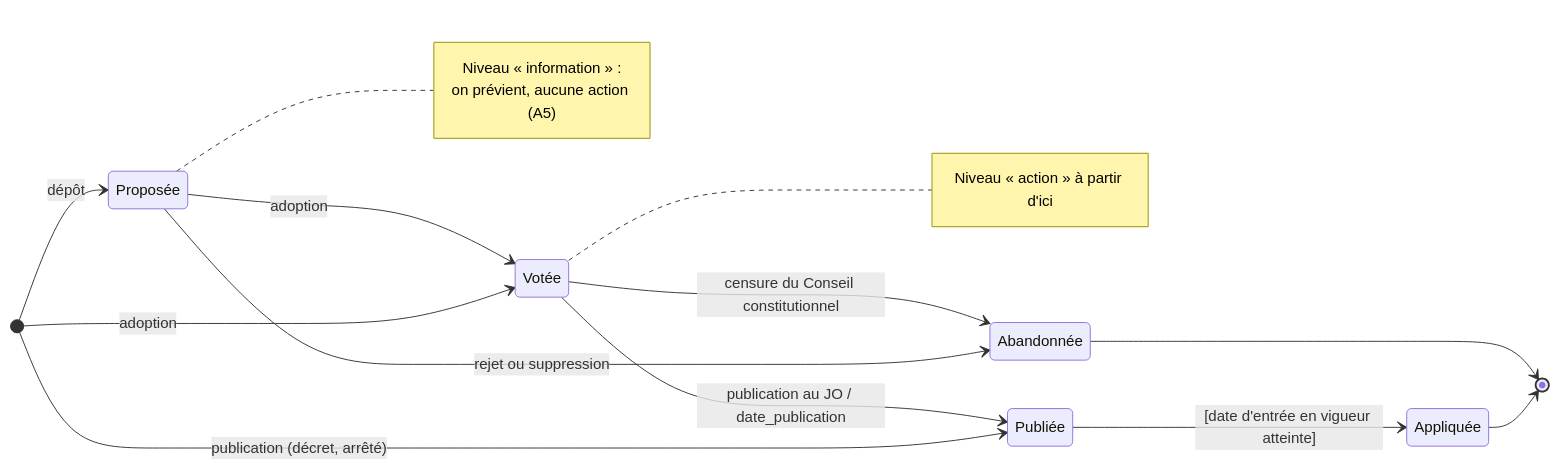
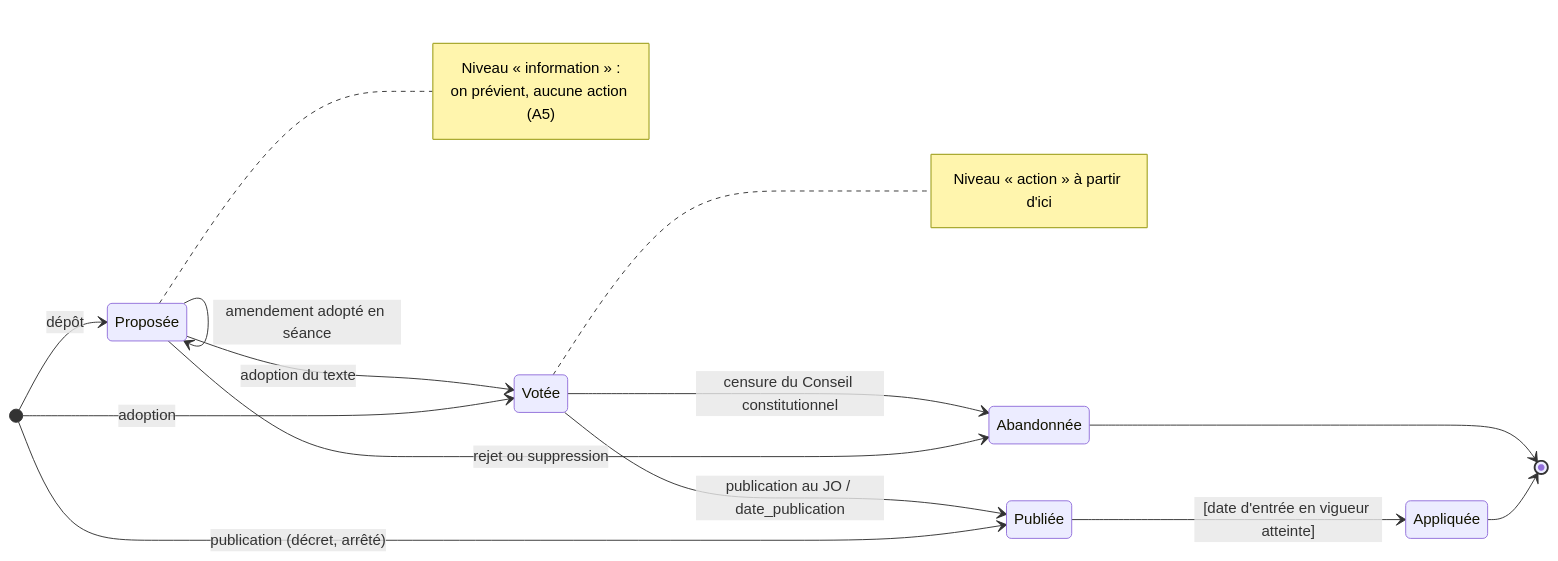
Before and after one commit to papy-studio/Leypillot-: the first of 6 diagrams in docs/conception/07_etats.md, drawn with Mermaid. The commit also changed other lines of this file and 11 other files, not shown here.

First line of the commit message:
lot 2 : un amendement adopté ne rend pas la mesure « votée » + note d'équipe

````diff
--- a/docs/conception/07_etats.md
+++ b/docs/conception/07_etats.md
@@ -7,30 +7,31 @@
 ```mermaid
 stateDiagram-v2
     direction LR
     state "Proposée" as proposee
     state "Votée" as votee
     state "Publiée" as publiee
     state "Appliquée" as appliquee
     state "Abandonnée" as abandonnee
 
     [*] --> proposee : dépôt
     [*] --> votee : adoption
     [*] --> publiee : publication (décret, arrêté)
 
-    proposee --> votee : adoption
+    proposee --> proposee : amendement adopté en séance
+    proposee --> votee : adoption du texte
     proposee --> abandonnee : rejet ou suppression
     votee --> publiee : publication au JO / date_publication
     votee --> abandonnee : censure du Conseil constitutionnel
     publiee --> appliquee : [date d'entrée en vigueur atteinte]
 
     appliquee --> [*]
     abandonnee --> [*]
 
     note right of proposee
         Niveau « information » :
         on prévient, aucune action (A5)
     end note
     note right of votee
         Niveau « action » à partir d'ici
     end note
 ```
````
